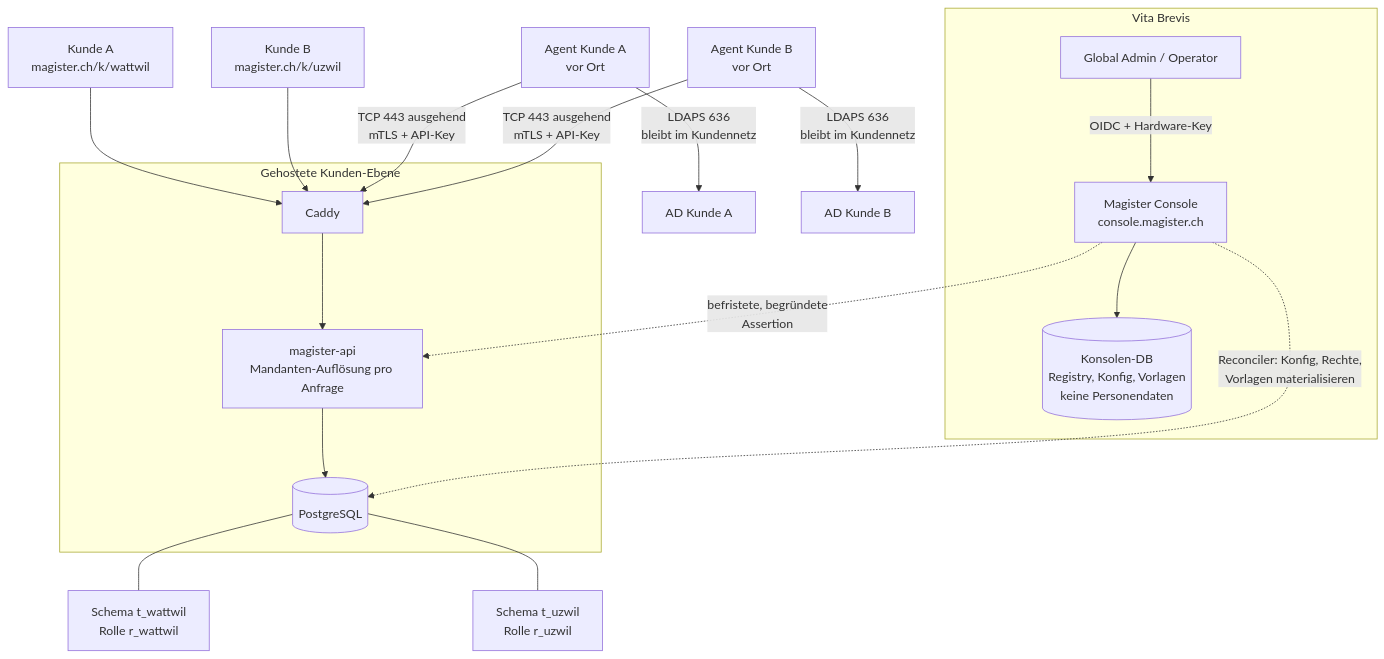
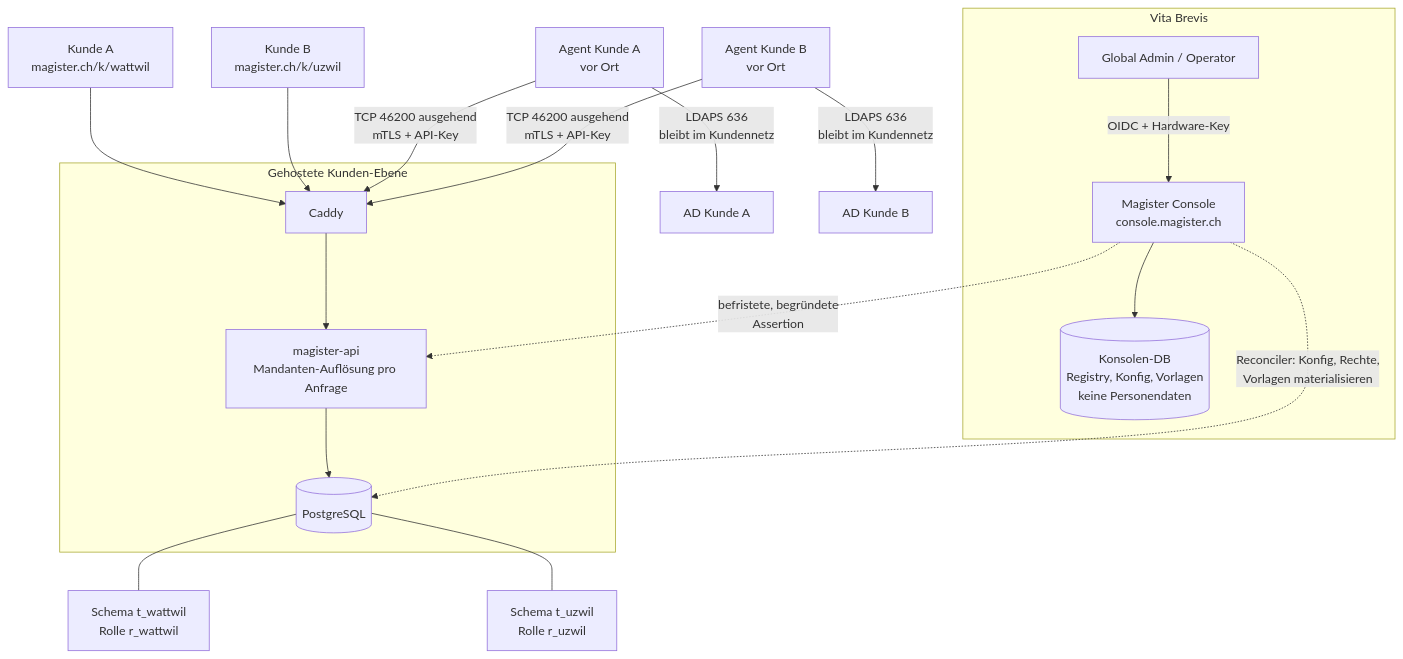
One commit to Vita-Brevis-GmbH/magister changed the diagram in docs/features/multitenancy.md. Above: the diagram before and after it, drawn with Mermaid. The commit also changed other lines of this file and 10 other files, not shown here.

````diff
--- a/docs/features/multitenancy.md
+++ b/docs/features/multitenancy.md
@@ -35,26 +35,26 @@
 ```mermaid
 flowchart TB
   subgraph VB["Vita Brevis"]
     Ops[Global Admin / Operator] -->|OIDC + Hardware-Key| Console[Magister Console<br/>console.magister.ch]
     Console --> CDB[(Konsolen-DB<br/>Registry, Konfig, Vorlagen<br/>keine Personendaten)]
   end
 
   subgraph Platform["Gehostete Kunden-Ebene"]
     Caddy[Caddy] --> API[magister-api<br/>Mandanten-Auflösung pro Anfrage]
     API --> PG[(PostgreSQL)]
   end
 
   KundeA[Kunde A<br/>magister.ch/k/wattwil] --> Caddy
   KundeB[Kunde B<br/>magister.ch/k/uzwil] --> Caddy
 
   PG --- SA[Schema t_wattwil<br/>Rolle r_wattwil]
   PG --- SB[Schema t_uzwil<br/>Rolle r_uzwil]
 
   Console -.->|Reconciler: Konfig, Rechte,<br/>Vorlagen materialisieren| PG
   Console -.->|befristete, begründete<br/>Assertion| API
 
-  AgentA[Agent Kunde A<br/>vor Ort] -->|TCP 443 ausgehend<br/>mTLS + API-Key| Caddy
-  AgentB[Agent Kunde B<br/>vor Ort] -->|TCP 443 ausgehend<br/>mTLS + API-Key| Caddy
+  AgentA[Agent Kunde A<br/>vor Ort] -->|TCP 46200 ausgehend<br/>mTLS + API-Key| Caddy
+  AgentB[Agent Kunde B<br/>vor Ort] -->|TCP 46200 ausgehend<br/>mTLS + API-Key| Caddy
   AgentA -->|LDAPS 636<br/>bleibt im Kundennetz| ADA[AD Kunde A]
   AgentB -->|LDAPS 636<br/>bleibt im Kundennetz| ADB[AD Kunde B]
 ```
````
